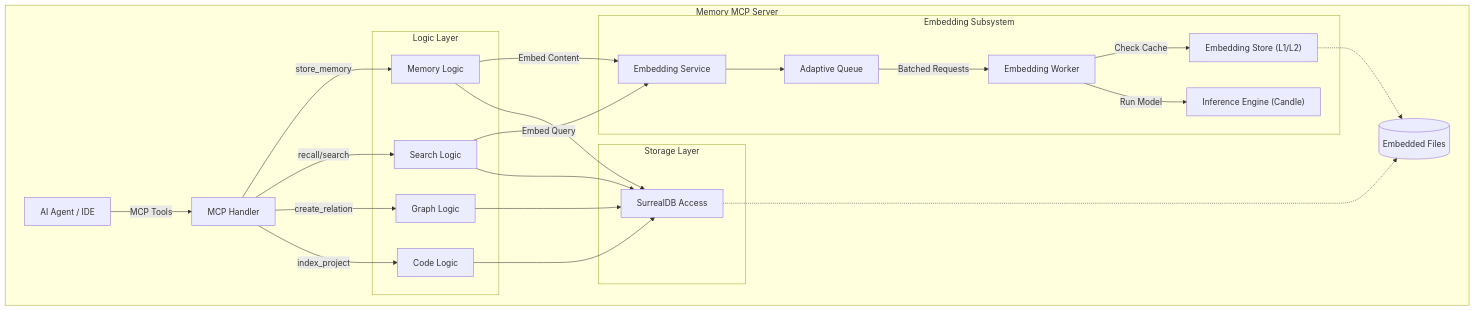
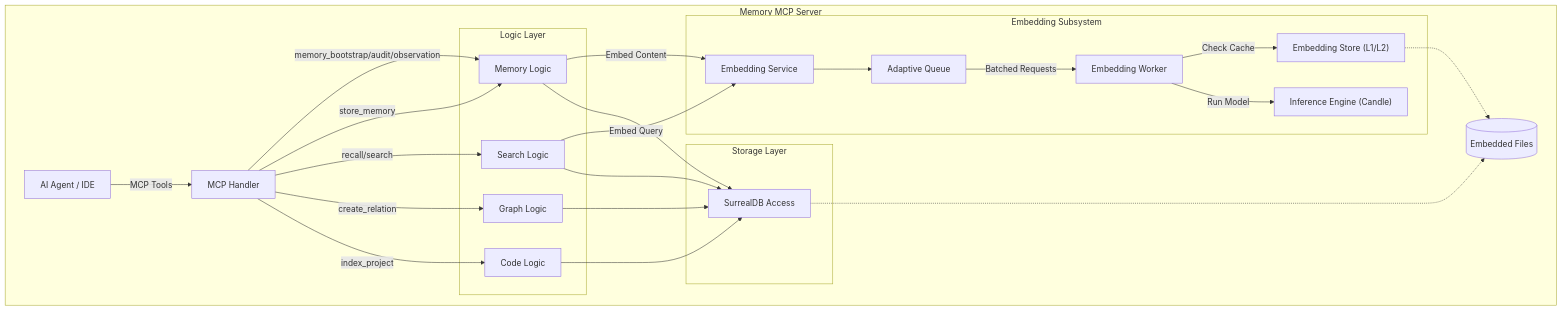
The first of 3 diagrams in ARCHITECTURE.md (SteinX/memory-mcp-1file), drawn with Mermaid before and after one commit. The commit also changed other lines of this file and 31 other files, not shown here.

Commit message:
feat(memory): add bootstrap observation audit trace tools

````diff
--- a/ARCHITECTURE.md
+++ b/ARCHITECTURE.md
@@ -14,47 +14,48 @@
 ```mermaid
 graph TD
     User[AI Agent / IDE]
     
     subgraph "Memory MCP Server"
         Handler[MCP Handler]
         
         subgraph "Logic Layer"
             L_Mem[Memory Logic]
             L_Search[Search Logic]
             L_Graph[Graph Logic]
             L_Code[Code Logic]
         end
         
         subgraph "Embedding Subsystem"
             E_Service[Embedding Service]
             E_Queue[Adaptive Queue]
             E_Worker[Embedding Worker]
             E_Engine["Inference Engine (Candle)"]
             E_Cache["Embedding Store (L1/L2)"]
         end
         
         subgraph "Storage Layer"
             S_Surreal[SurrealDB Access]
         end
 
         User -- "MCP Tools" --> Handler
 
+        Handler -- "memory_bootstrap/audit/observation" --> L_Mem
         Handler -- "store_memory" --> L_Mem
         Handler -- "recall/search" --> L_Search
         Handler -- "create_relation" --> L_Graph
         Handler -- "index_project" --> L_Code
         
         L_Mem -- "Embed Content" --> E_Service
         L_Search -- "Embed Query" --> E_Service
         
         E_Service --> E_Queue
         E_Queue -- "Batched Requests" --> E_Worker
         E_Worker -- "Check Cache" --> E_Cache
         E_Worker -- "Run Model" --> E_Engine
         
         L_Mem & L_Search & L_Graph & L_Code --> S_Surreal
         
         S_Surreal -.-> DB[(Embedded Files)]
         E_Cache -.-> DB
     end
 ```
````
